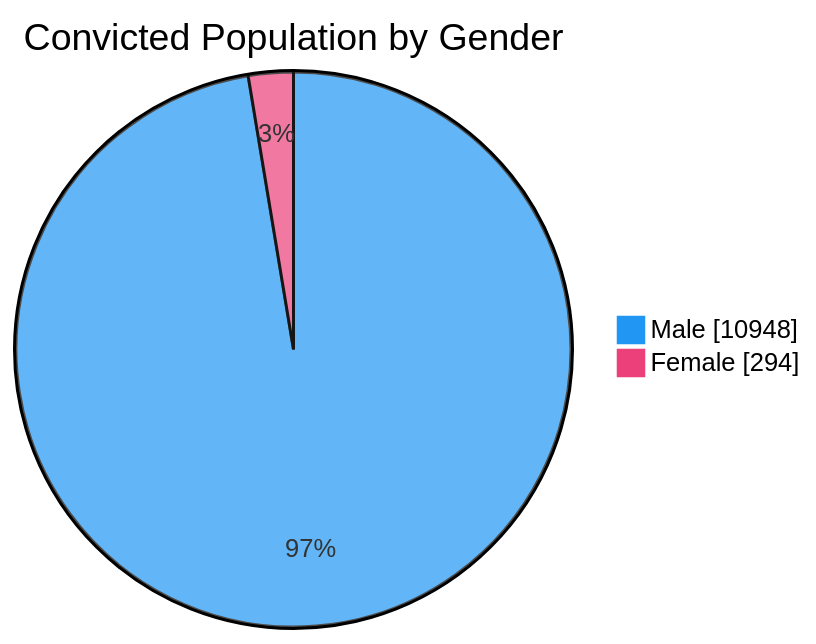
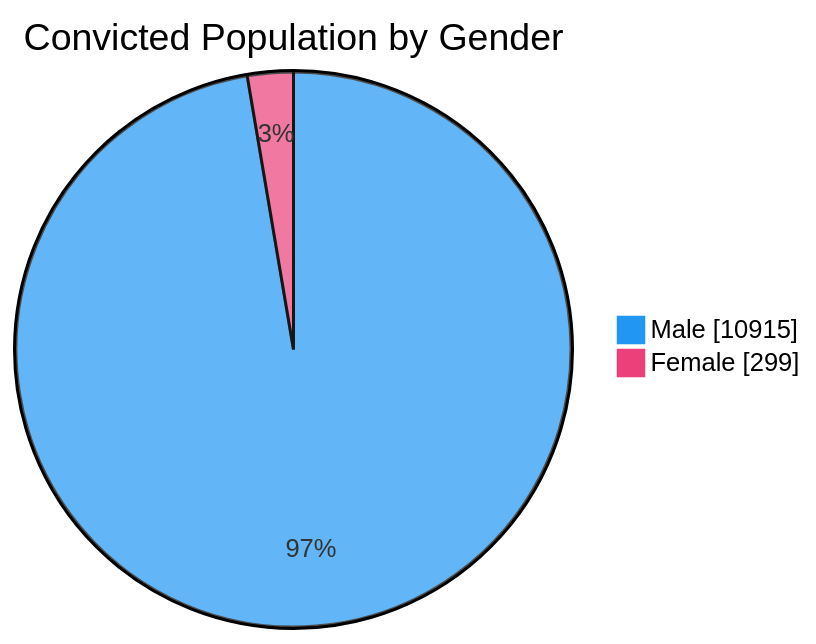
The third of 7 diagrams in README.md (nuuuwan/lk_prisons), drawn with Mermaid before and after one commit. The commit also changed other lines of this file and 1 other file, not shown here.

````diff
--- a/README.md
+++ b/README.md
@@ -65,6 +65,6 @@
 ```mermaid
 %%{init: {'themeVariables': {'pie1': '#2196F3', 'pie2': '#EC407A'}}}%%
 pie showData title Convicted Population by Gender
-    "Male" : 10948
-    "Female" : 294
+    "Male" : 10915
+    "Female" : 299
 ```
````
